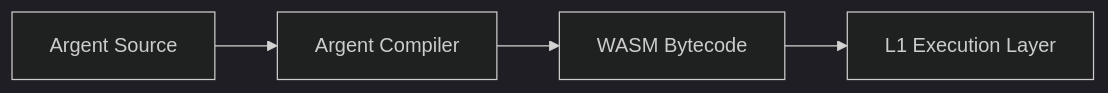
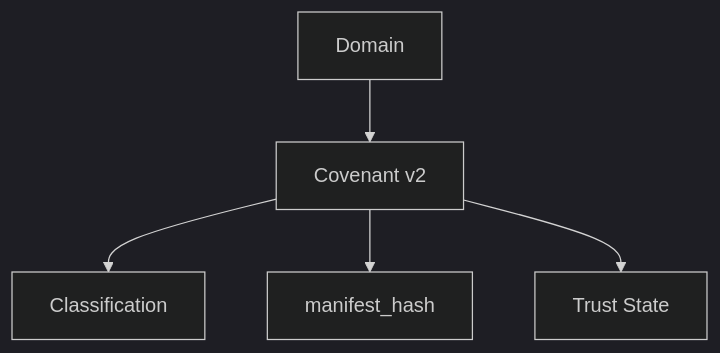
The second of 7 diagrams in README.md (vossen90/-kaspa-browser-ktrust), drawn with Mermaid (dark theme) before and after one commit. The commit also changed other lines of this file, not shown here.

````diff
--- a/README.md
+++ b/README.md
@@ -80,6 +48,7 @@
 ```mermaid
-flowchart LR
-    A["Argent Source"] --> B["Argent Compiler"]
-    B --> C["WASM Bytecode"]
-    C --> D["L1 Execution Layer"]
+flowchart TB
+    A["Domain"] --> B["Covenant v2"]
+    B --> C["Classification"]
+    B --> D["manifest_hash"]
+    B --> E["Trust State"]
 ```
````
